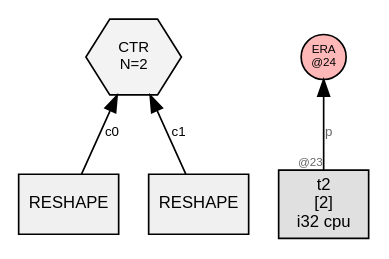
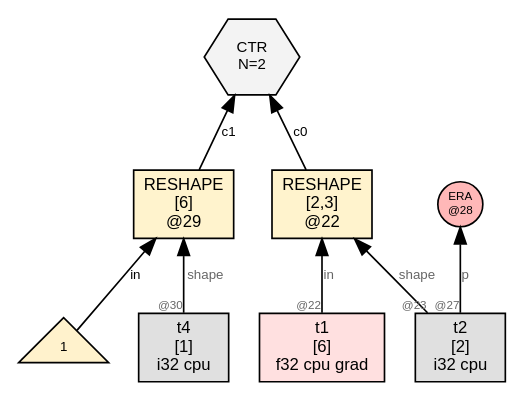
One commit to sw1sh/TinyHVM changed the diagram in wl/examples/thvm_graphs/grad_rules/reshape/thvm_1_post_reduce.dot. Above: the diagram before and after it, drawn with Graphviz. The commit also changed 309 other files, not shown here.

First line of the commit message:
grad: CTR at step 0; no external DUP; Leibniz visible in step 1

```diff
--- a/wl/examples/thvm_graphs/grad_rules/reshape/thvm_1_post_reduce.dot
+++ b/wl/examples/thvm_graphs/grad_rules/reshape/thvm_1_post_reduce.dot
@@ -1,14 +1,21 @@
 digraph G {
   rankdir=BT;
   node [fontname="Helvetica", fontsize=10, style=filled, shape=box, margin="0.1,0.05"];
   edge [fontsize=8, fontname="Helvetica"];
 
-  ctr29 [label="CTR\nN=2", shape=hexagon, fillcolor="#f3f3f3", fontsize=9];
-  n20 [label="RESHAPE", shape=box, fillcolor="#f0f0f0"];
-  n20 -> ctr29 [label="c0"];
-  n25 [label="RESHAPE", shape=box, fillcolor="#f0f0f0"];
-  n25 -> ctr29 [label="c1"];
-  era24 [label="ERA\n@24",shape=circle,width=0.38,height=0.38,fixedsize=true,fillcolor="#ffb8b8",fontsize=7];
+  n22 [label="RESHAPE\n[2,3]\n@22", shape=box, fillcolor="#fff3cd"];
+  t1 [label="t1\n[6]\nf32 cpu grad",shape=box,fillcolor="#ffe0e0"];
+  t1 -> n22 [label="in",taillabel="@22",labelfontsize=7,fontcolor="#666666"];
   t2 [label="t2\n[2]\ni32 cpu",shape=box,fillcolor="#e0e0e0"];
-  t2 -> era24 [label="p",taillabel="@23",labelfontsize=7,fontcolor="#666666"];
+  t2 -> n22 [label="shape",taillabel="@23",labelfontsize=7,fontcolor="#666666"];
+  n29 [label="RESHAPE\n[6]\n@29", shape=box, fillcolor="#fff3cd"];
+  num29_0 [label="1",shape=triangle,fillcolor="#fff2cc",fontsize=8];
+  num29_0 -> n29 [label="in"];
+  t4 [label="t4\n[1]\ni32 cpu",shape=box,fillcolor="#e0e0e0"];
+  t4 -> n29 [label="shape",taillabel="@30",labelfontsize=7,fontcolor="#666666"];
+  ctr20 [label="CTR\nN=2", shape=hexagon, fillcolor="#f3f3f3", fontsize=9];
+  n22 -> ctr20 [label="c0"];
+  n29 -> ctr20 [label="c1"];
+  era28 [label="ERA\n@28",shape=circle,width=0.38,height=0.38,fixedsize=true,fillcolor="#ffb8b8",fontsize=7];
+  t2 -> era28 [label="p",taillabel="@27",labelfontsize=7,fontcolor="#666666"];
 }
```
